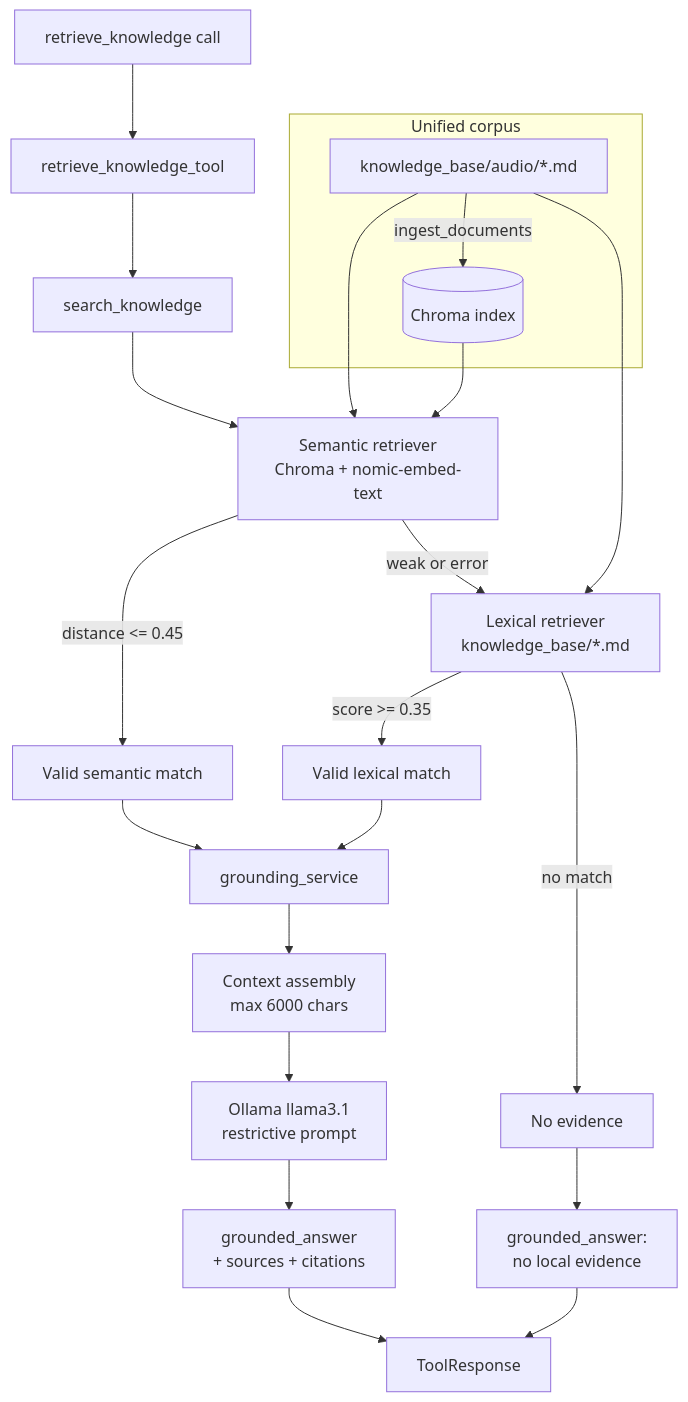
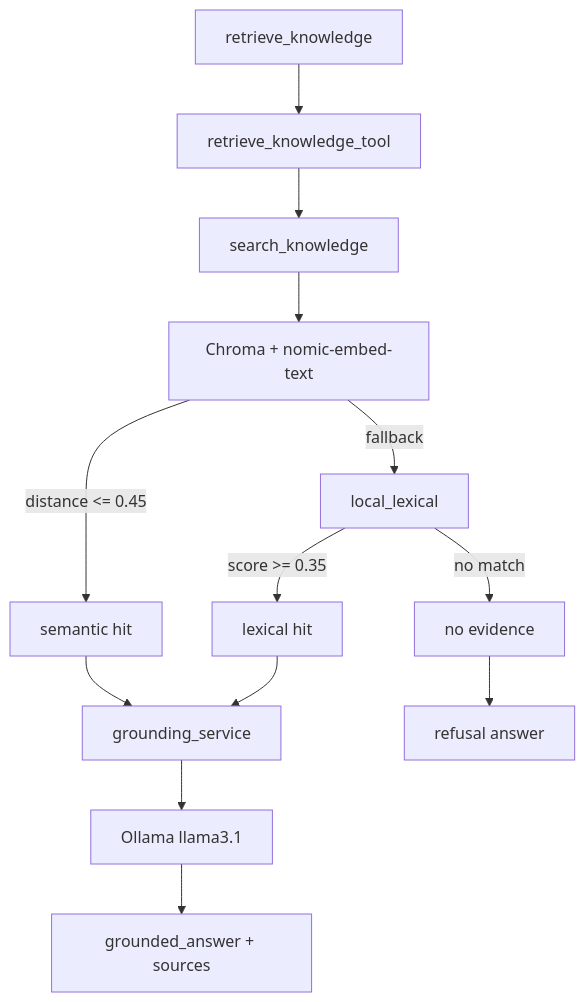
One commit to luisfm44/landed-agent changed the eighth of 10 diagrams in docs/architecture-diagram.md. Above: the diagram before and after it, drawn with Mermaid. The commit also changed other lines of this file and 7 other files, not shown here.

First line of the commit message:
Wire LangGraph to ADK and refresh architecture documentation.

````diff
--- a/docs/architecture-diagram.md
+++ b/docs/architecture-diagram.md
@@ -149,33 +213,17 @@
 ```mermaid
 flowchart TD
-    Q[retrieve_knowledge call] --> TOOL[retrieve_knowledge_tool]
-
+    Q[retrieve_knowledge] --> TOOL[retrieve_knowledge_tool]
     TOOL --> SEARCH[search_knowledge]
 
-    SEARCH --> SEM[Semantic retriever<br/>Chroma + nomic-embed-text]
-    SEM -->|distance <= 0.45| HIT1[Valid semantic match]
-    SEM -->|weak or error| LEX[Lexical retriever<br/>knowledge_base/*.md]
-    LEX -->|score >= 0.35| HIT2[Valid lexical match]
-    LEX -->|no match| MISS[No evidence]
+    SEARCH --> SEM[Chroma + nomic-embed-text]
+    SEM -->|distance <= 0.45| HIT1[semantic hit]
+    SEM -->|fallback| LEX[local_lexical]
+    LEX -->|score >= 0.35| HIT2[lexical hit]
+    LEX -->|no match| MISS[no evidence]
 
     HIT1 --> GROUND[grounding_service]
     HIT2 --> GROUND
-    MISS --> NOANS[grounded_answer:<br/>no local evidence]
-
-    GROUND --> CTX[Context assembly<br/>max 6000 chars]
-    CTX --> LLM[Ollama llama3.1<br/>restrictive prompt]
-    LLM --> GA[grounded_answer<br/>+ sources + citations]
-
-    GA --> RESP[ToolResponse]
-    NOANS --> RESP
-
-    subgraph corpus [Unified corpus]
-        KB[knowledge_base/audio/*.md]
-        CHROMA[(Chroma index)]
-    end
-
-    KB --> SEM
-    KB --> LEX
-    KB -->|ingest_documents| CHROMA
-    CHROMA --> SEM
+    MISS --> NOANS[refusal answer]
+    GROUND --> LLM[Ollama llama3.1]
+    LLM --> GA[grounded_answer + sources]
 ```
````
